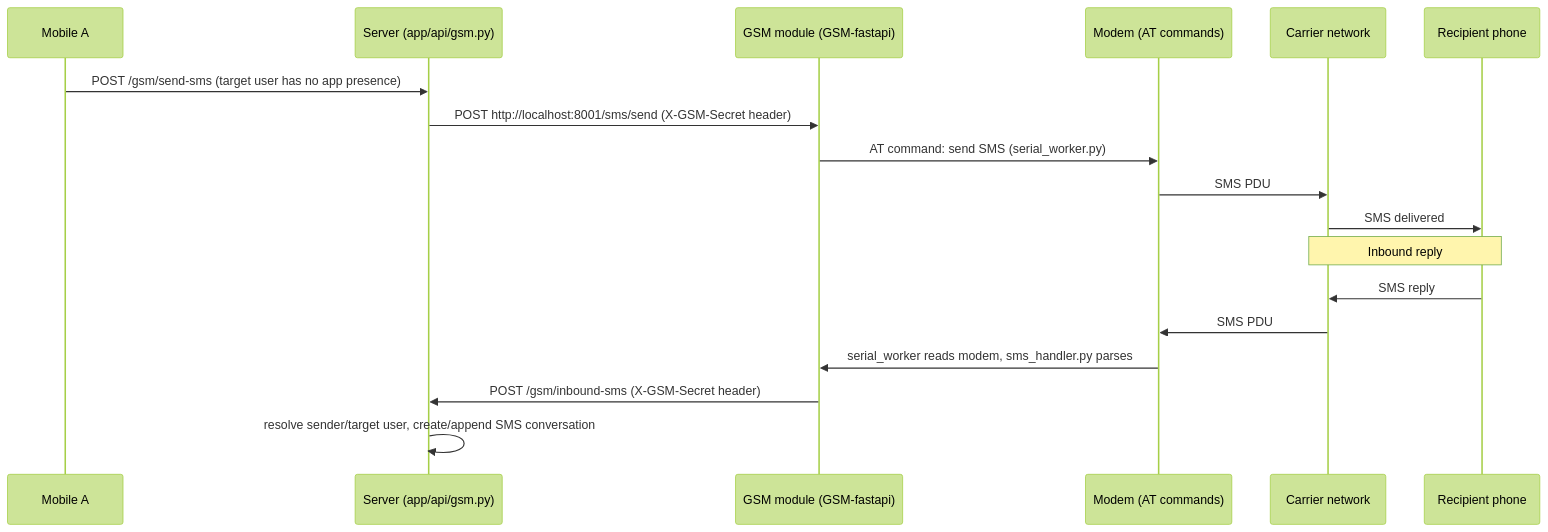
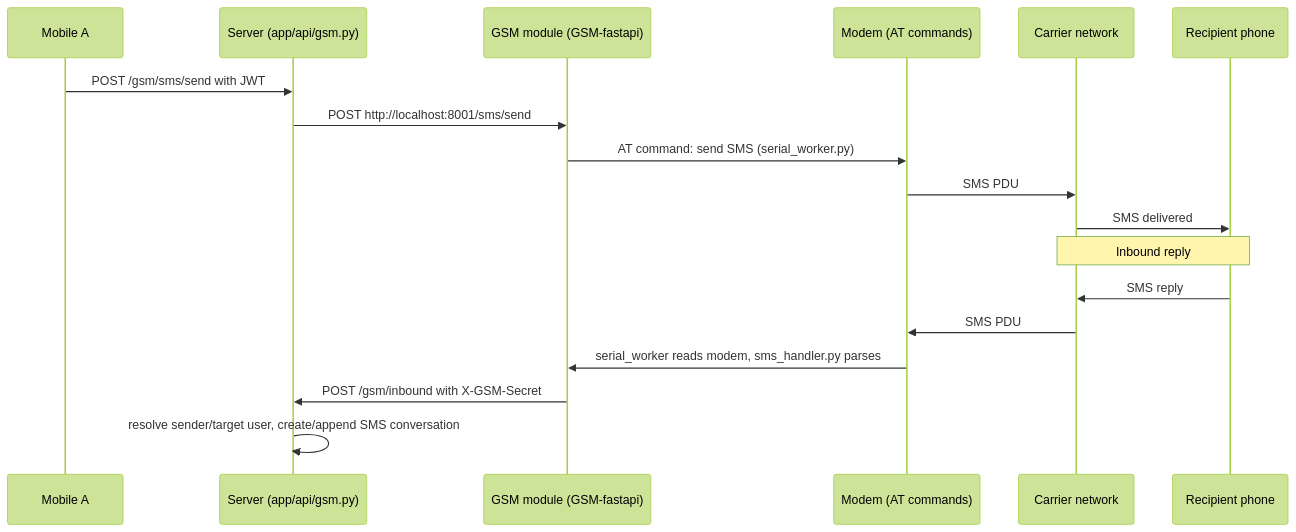
The fifth of 7 diagrams in docs/architecture/data-flow.md (SAPOT-System/YLP-software), drawn with Mermaid (forest theme) before and after one commit. The commit also changed other lines of this file and 3 other files, not shown here.

````diff
--- a/docs/architecture/data-flow.md
+++ b/docs/architecture/data-flow.md
@@ -106,22 +106,22 @@
 ```mermaid
 sequenceDiagram
     participant A as Mobile A
     participant S as Server (app/api/gsm.py)
     participant G as GSM module (GSM-fastapi)
     participant M as Modem (AT commands)
     participant C as Carrier network
     participant P as Recipient phone
 
-    A->>S: POST /gsm/send-sms (target user has no app presence)
-    S->>G: POST http://localhost:8001/sms/send (X-GSM-Secret header)
+    A->>S: POST /gsm/sms/send with JWT
+    S->>G: POST http://localhost:8001/sms/send
     G->>M: AT command: send SMS (serial_worker.py)
     M->>C: SMS PDU
     C->>P: SMS delivered
 
     Note over P,C: Inbound reply
     P->>C: SMS reply
     C->>M: SMS PDU
     M->>G: serial_worker reads modem, sms_handler.py parses
-    G->>S: POST /gsm/inbound-sms (X-GSM-Secret header)
+    G->>S: POST /gsm/inbound with X-GSM-Secret
     S->>S: resolve sender/target user, create/append SMS conversation
 ```
````
